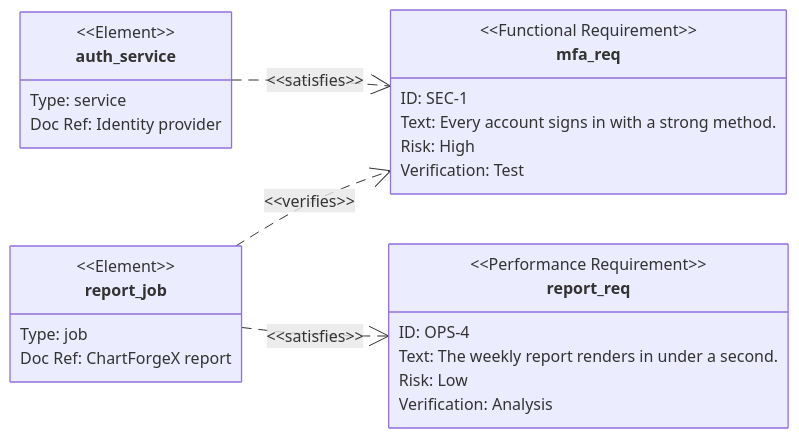
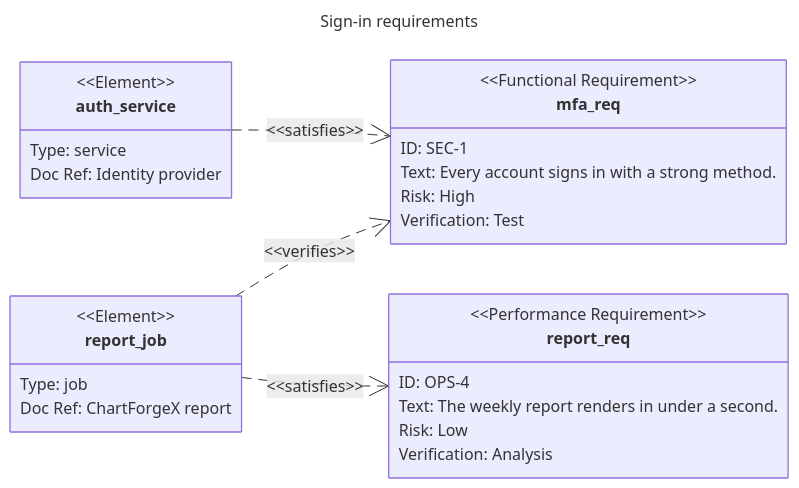
Before and after one commit to EvotecIT/ChartForgeX: the diagram in Website/static/site/atlas/requirement.mmd, drawn with Mermaid. The commit also changed 111 other files, not shown here.

```diff
--- a/Website/static/site/atlas/requirement.mmd
+++ b/Website/static/site/atlas/requirement.mmd
@@ -1,25 +1,28 @@
+---
+title: Sign-in requirements
+---
 requirementDiagram
 direction LR
 functionalRequirement mfa_req {
   id: "SEC-1"
   text: Every account signs in with a strong method.
   risk: High
   verifymethod: Test
 }
 performanceRequirement report_req {
   id: "OPS-4"
   text: The weekly report renders in under a second.
   risk: Low
   verifymethod: Analysis
 }
 element auth_service {
   type: service
   docref: "Identity provider"
 }
 element report_job {
   type: job
   docref: "ChartForgeX report"
 }
 auth_service - satisfies -> mfa_req
 report_job - verifies -> mfa_req
 report_job - satisfies -> report_req
```
